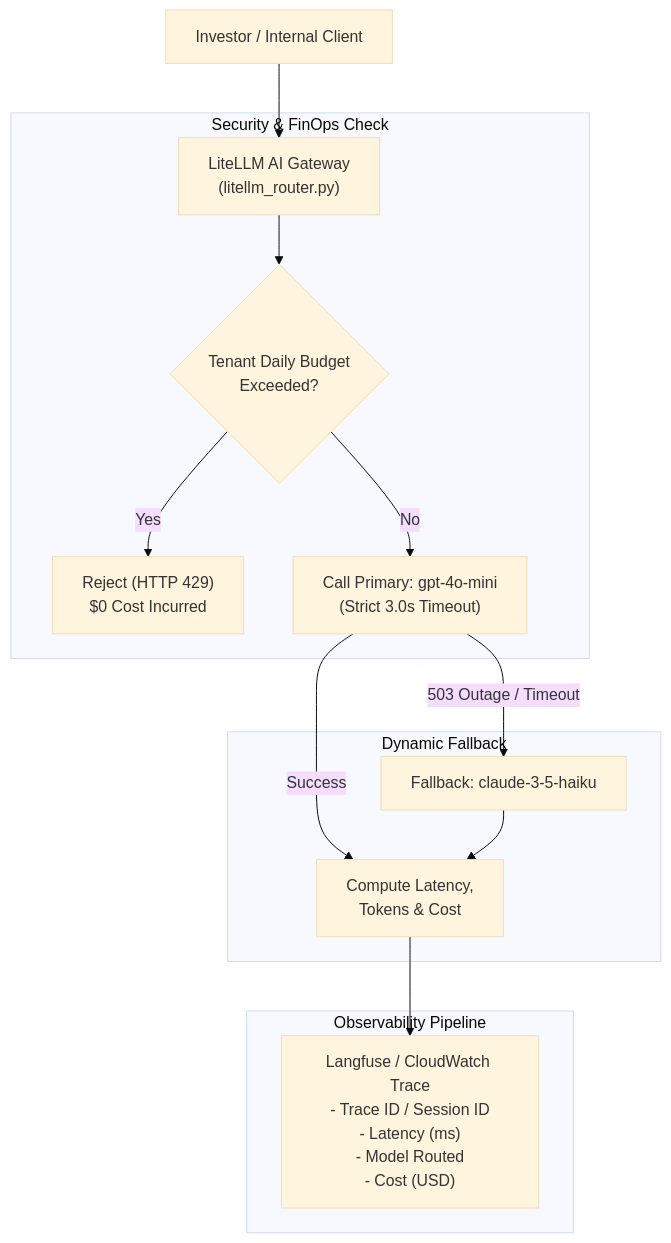
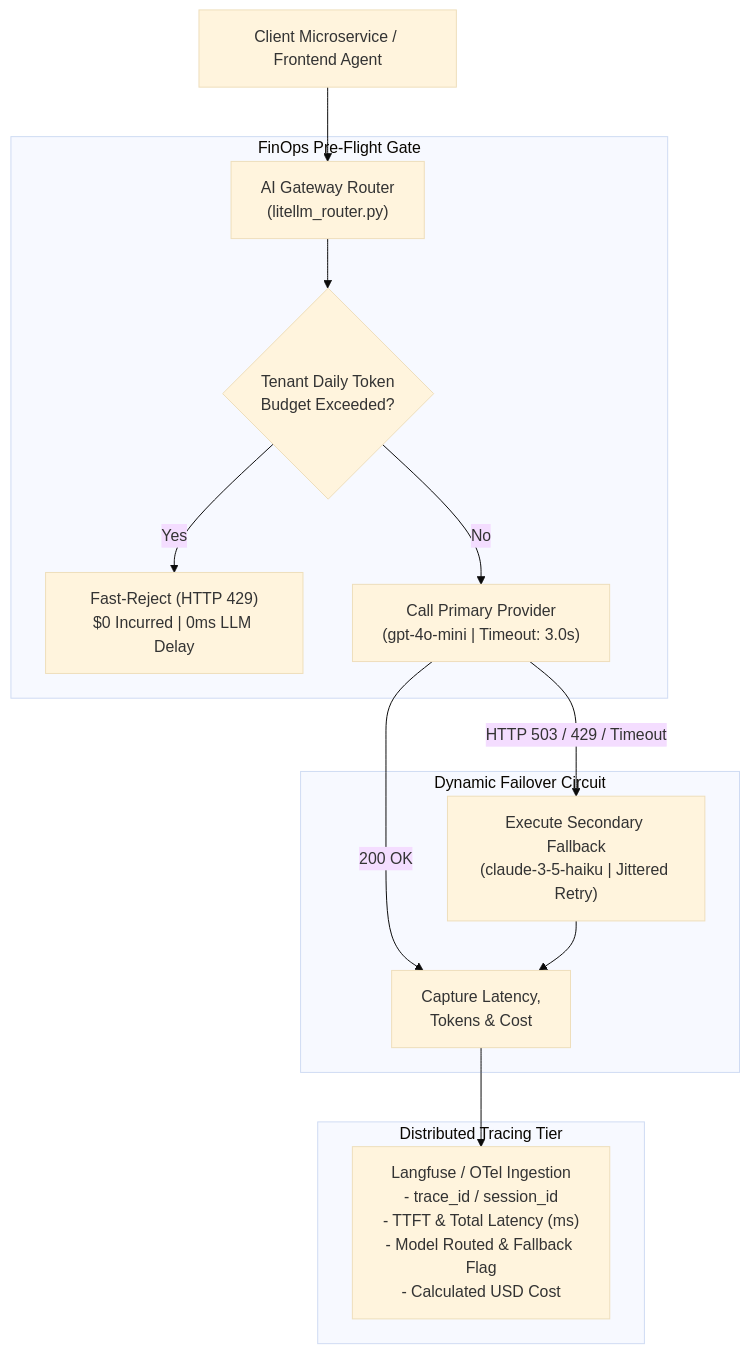
One commit to nidhijain16/litellm-observability-gateway changed the diagram in README.md. Above: the diagram before and after it, drawn with Mermaid (base theme). The commit also changed other lines of this file and 1 other file, not shown here.

````diff
--- a/README.md
+++ b/README.md
@@ -20,20 +24,20 @@
 ```mermaid
 flowchart TD
-    User["Investor / Internal Client"] --> Router["LiteLLM AI Gateway\n(litellm_router.py)"]
+    Client["Client Microservice / Frontend Agent"] --> Gateway["AI Gateway Router\n(litellm_router.py)"]
 
-    subgraph Guardrails["Security & FinOps Check"]
-        Router --> BudgetCheck{"Tenant Daily Budget\nExceeded?"}
-        BudgetCheck -->|Yes| Block["Reject (HTTP 429)\n$0 Cost Incurred"]
-        BudgetCheck -->|No| PrimaryCall["Call Primary: gpt-4o-mini\n(Strict 3.0s Timeout)"]
+    subgraph Guardrails["FinOps Pre-Flight Gate"]
+        Gateway --> BudgetCheck{"Tenant Daily Token\nBudget Exceeded?"}
+        BudgetCheck -->|Yes| Reject["Fast-Reject (HTTP 429)\n$0 Incurred | 0ms LLM Delay"]
+        BudgetCheck -->|No| PrimaryCall["Call Primary Provider\n(gpt-4o-mini | Timeout: 3.0s)"]
     end
 
-    subgraph Failover["Dynamic Fallback"]
-        PrimaryCall -->|Success| Telemetry["Compute Latency,\nTokens & Cost"]
-        PrimaryCall -->|503 Outage / Timeout| FallbackCall["Fallback: claude-3-5-haiku"]
-        FallbackCall --> Telemetry
+    subgraph Resilience["Dynamic Failover Circuit"]
+        PrimaryCall -->|200 OK| ProcessTelemetry["Capture Latency,\nTokens & Cost"]
+        PrimaryCall -->|HTTP 503 / 429 / Timeout| FallbackCall["Execute Secondary Fallback\n(claude-3-5-haiku | Jittered Retry)"]
+        FallbackCall --> ProcessTelemetry
     end
 
-    subgraph Observability["Observability Pipeline"]
-        Telemetry --> Langfuse["Langfuse / CloudWatch Trace\n- Trace ID / Session ID\n- Latency (ms)\n- Model Routed\n- Cost (USD)"]
+    subgraph Observability["Distributed Tracing Tier"]
+        ProcessTelemetry --> Langfuse["Langfuse / OTel Ingestion\n- trace_id / session_id\n- TTFT & Total Latency (ms)\n- Model Routed & Fallback Flag\n- Calculated USD Cost"]
     end
 ```
````
